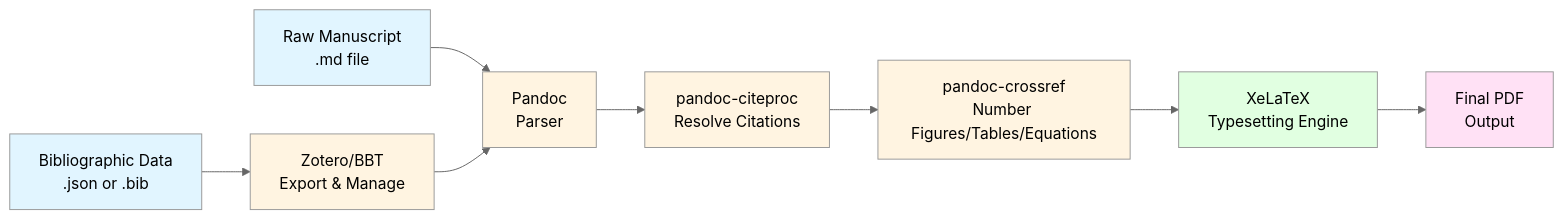
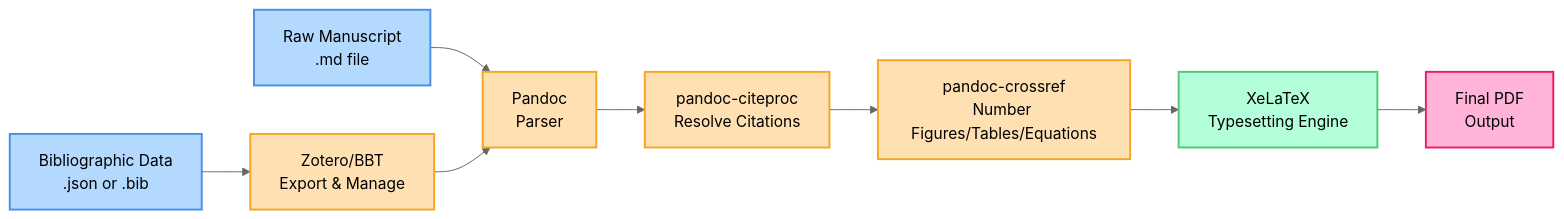
Before and after one commit to naihongzhou1029/markdown_academic_writing_workflow: the diagram in paper.md, drawn with Mermaid (neutral theme).

Commit message:
Update flowchart styles in paper.md for improved visual clarity
- Modified the styles of the flowchart elements in paper.md to enhance visual distinction and readability, using new color schemes and stroke properties for better representation of the academic writing workflow.

````diff
--- a/paper.md
+++ b/paper.md
@@ -51,19 +51,19 @@
 ```mermaid
 flowchart LR
     A[Raw Manuscript<br/>.md file] --> D[Pandoc<br/>Parser]
     B[Bibliographic Data<br/>.json or .bib] --> C[Zotero/BBT<br/>Export & Manage]
     C --> D
     D --> E[pandoc-citeproc<br/>Resolve Citations]
     E --> F[pandoc-crossref<br/>Number Figures/Tables/Equations]
     F --> G[XeLaTeX<br/>Typesetting Engine]
     G --> H[Final PDF<br/>Output]
     
-    style A fill:#e1f5ff
-    style B fill:#e1f5ff
-    style C fill:#fff4e1
-    style D fill:#fff4e1
-    style E fill:#fff4e1
-    style F fill:#fff4e1
-    style G fill:#e1ffe1
-    style H fill:#ffe1f5
+    style A fill:#b3d9ff,stroke:#4a90e2,stroke-width:2px,color:#000000
+    style B fill:#b3d9ff,stroke:#4a90e2,stroke-width:2px,color:#000000
+    style C fill:#ffe0b3,stroke:#f5a623,stroke-width:2px,color:#000000
+    style D fill:#ffe0b3,stroke:#f5a623,stroke-width:2px,color:#000000
+    style E fill:#ffe0b3,stroke:#f5a623,stroke-width:2px,color:#000000
+    style F fill:#ffe0b3,stroke:#f5a623,stroke-width:2px,color:#000000
+    style G fill:#b3ffd9,stroke:#50c878,stroke-width:2px,color:#000000
+    style H fill:#ffb3d9,stroke:#e91e63,stroke-width:2px,color:#000000
 ```
````
